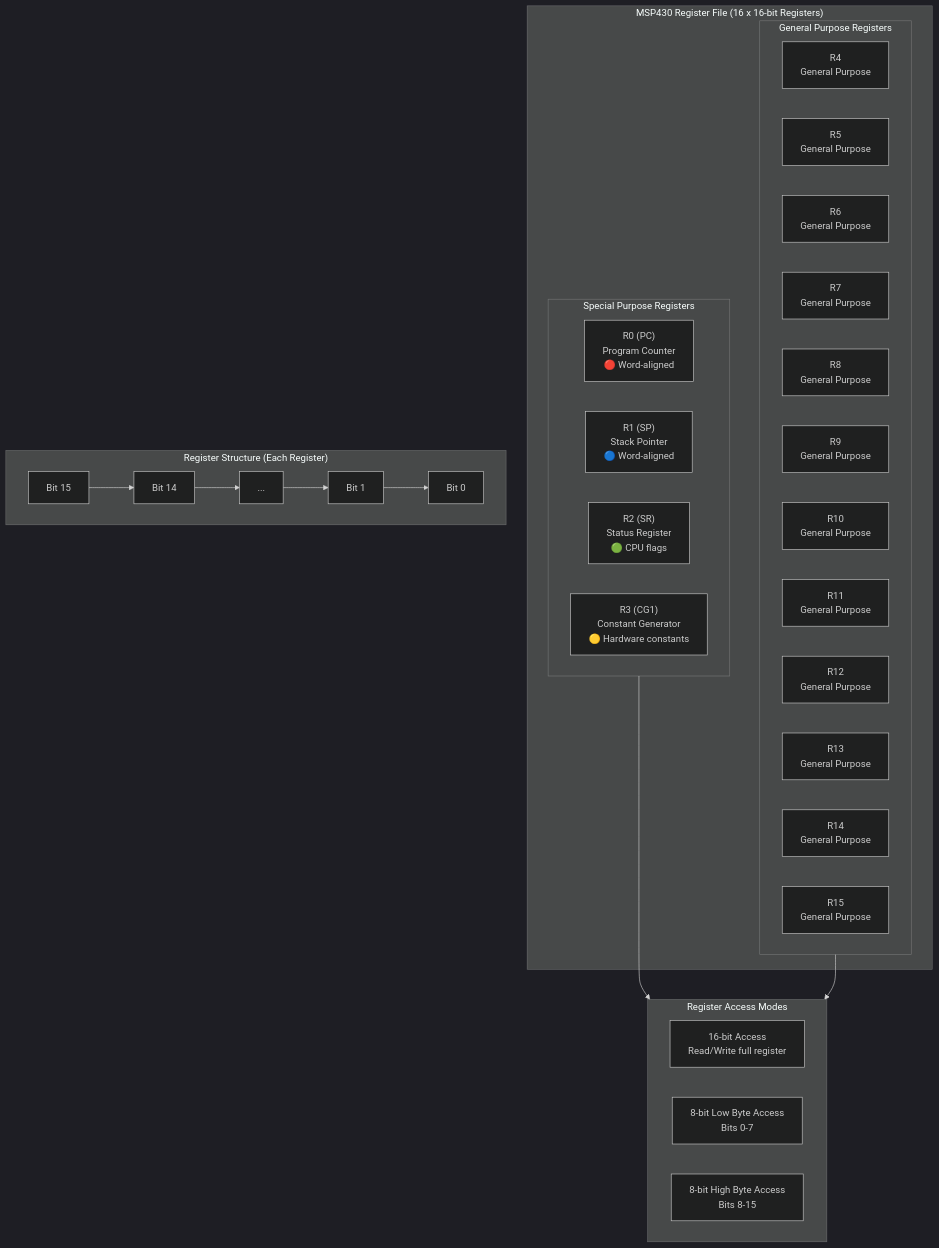
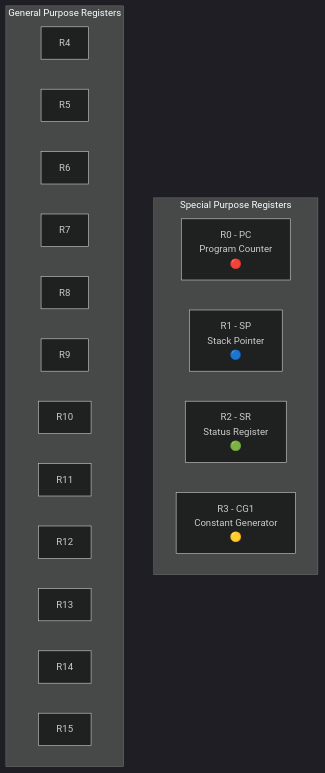
One commit to grahame-white/ai_msp430_emulator changed the first of 9 diagrams in docs/MSP430_CPU_REGISTERS.md. Above: the diagram before and after it, drawn with Mermaid (dark theme). The commit also changed other lines of this file, not shown here.

Commit message:
Improve Mermaid diagram text readability by splitting complex diagrams

````diff
--- a/docs/MSP430_CPU_REGISTERS.md
+++ b/docs/MSP430_CPU_REGISTERS.md
@@ -9,40 +11,24 @@
 ```mermaid
 graph TB
-    subgraph regfile["MSP430 Register File (16 x 16-bit Registers)"]
-        subgraph special["Special Purpose Registers"]
-            R0["R0 (PC)<br/>Program Counter<br/>🔴 Word-aligned"]
-            R1["R1 (SP)<br/>Stack Pointer<br/>🔵 Word-aligned"]
-            R2["R2 (SR)<br/>Status Register<br/>🟢 CPU flags"]
-            R3["R3 (CG1)<br/>Constant Generator<br/>🟡 Hardware constants"]
-        end
-        
-        subgraph general["General Purpose Registers"]
-            R4["R4<br/>General Purpose"]
-            R5["R5<br/>General Purpose"]
-            R6["R6<br/>General Purpose"]
-            R7["R7<br/>General Purpose"]
-            R8["R8<br/>General Purpose"]
-            R9["R9<br/>General Purpose"]
-            R10["R10<br/>General Purpose"]
-            R11["R11<br/>General Purpose"]
-            R12["R12<br/>General Purpose"]
-            R13["R13<br/>General Purpose"]
-            R14["R14<br/>General Purpose"]
-            R15["R15<br/>General Purpose"]
-        end
+    subgraph special["Special Purpose Registers"]
+        R0["R0 - PC<br/>Program Counter<br/>🔴"]
+        R1["R1 - SP<br/>Stack Pointer<br/>🔵"]
+        R2["R2 - SR<br/>Status Register<br/>🟢"]
+        R3["R3 - CG1<br/>Constant Generator<br/>🟡"]
     end
     
-    subgraph access["Register Access Modes"]
-        ACCESS16["16-bit Access<br/>Read/Write full register"]
-        ACCESS8L["8-bit Low Byte Access<br/>Bits 0-7"]
-        ACCESS8H["8-bit High Byte Access<br/>Bits 8-15"]
-    end
-    
-    special --> access
-    general --> access
-    
-    subgraph structure["Register Structure (Each Register)"]
-        direction LR
-        B15["Bit 15"] --> B14["Bit 14"] --> BDOTS["..."] --> B1["Bit 1"] --> B0["Bit 0"]
+    subgraph general["General Purpose Registers"]
+        R4["R4"] 
+        R5["R5"]
+        R6["R6"] 
+        R7["R7"]
+        R8["R8"] 
+        R9["R9"]
+        R10["R10"] 
+        R11["R11"]
+        R12["R12"] 
+        R13["R13"]
+        R14["R14"] 
+        R15["R15"]
     end
 ```
````
